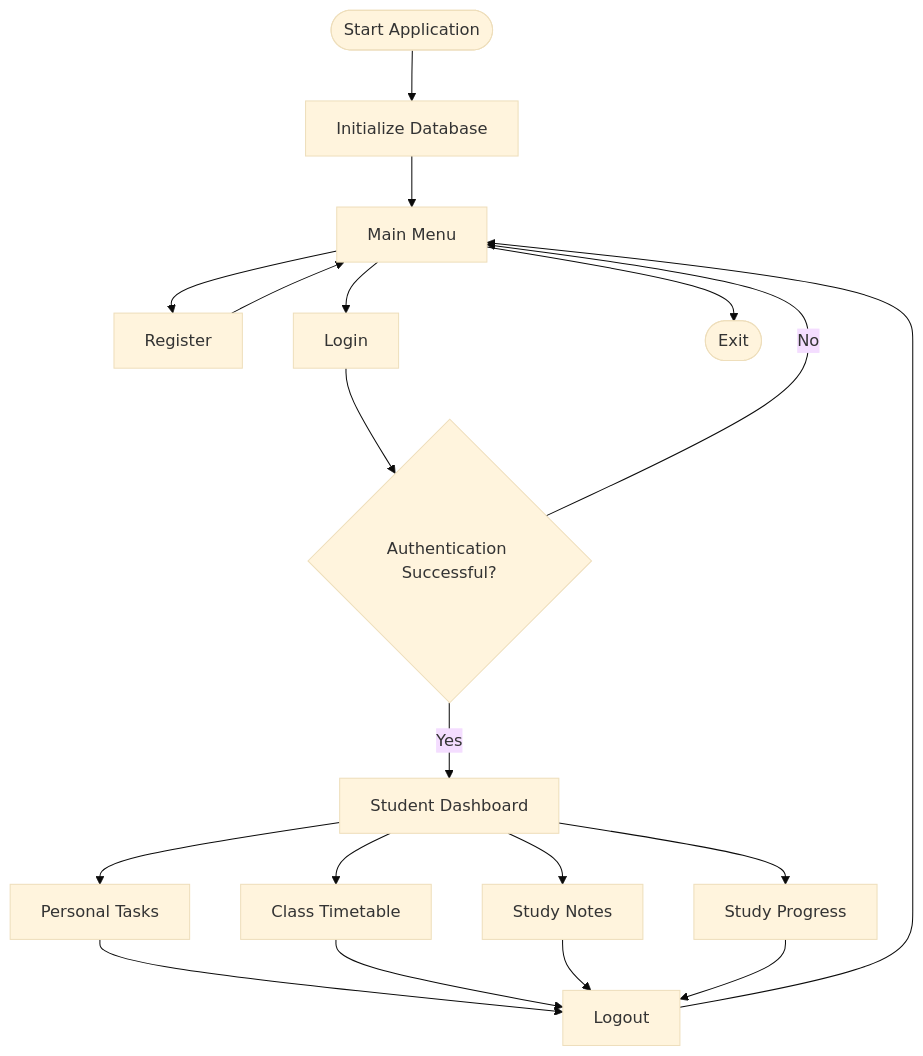
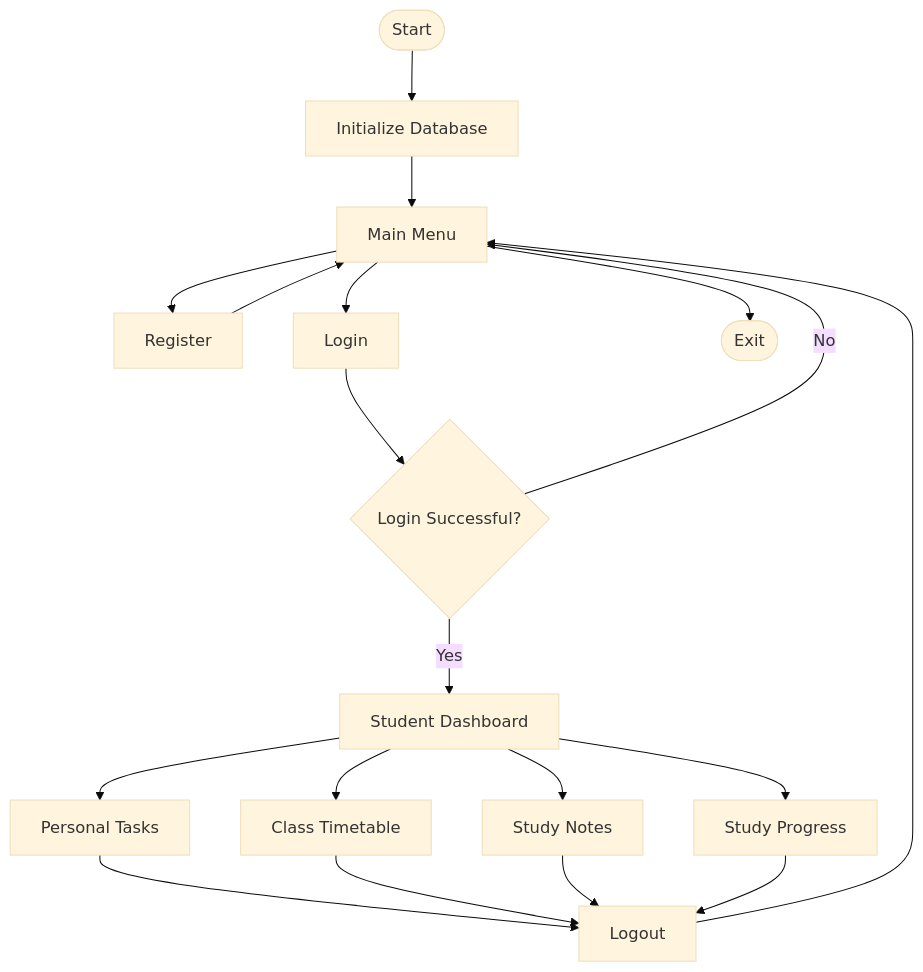
Before and after one commit to rimontanber96/Student-Assistance: the second of 2 diagrams in StudyPlanner/readme.md, drawn with Mermaid (base theme). The commit also changed other lines of this file, not shown here.

````diff
--- a/StudyPlanner/readme.md
+++ b/StudyPlanner/readme.md
@@ -224,38 +242,37 @@
 ```mermaid
 flowchart TD
-    A([Start Application])
+    A([Start])
     B["Initialize Database"]
     C["Main Menu"]
     D["Register"]
     E["Login"]
-    F{"Authentication Successful?"}
+    F{"Login Successful?"}
     G["Student Dashboard"]
 
     H["Personal Tasks"]
     I["Class Timetable"]
     J["Study Notes"]
     K["Study Progress"]
 
     L["Logout"]
     M([Exit])
 
     A --> B --> C
     C --> D --> C
     C --> E --> F
-
     F -->|Yes| G
     F -->|No| C
 
     G --> H
     G --> I
     G --> J
     G --> K
 
     H --> L
     I --> L
     J --> L
     K --> L
 
     L --> C
     C --> M
 ```
````
